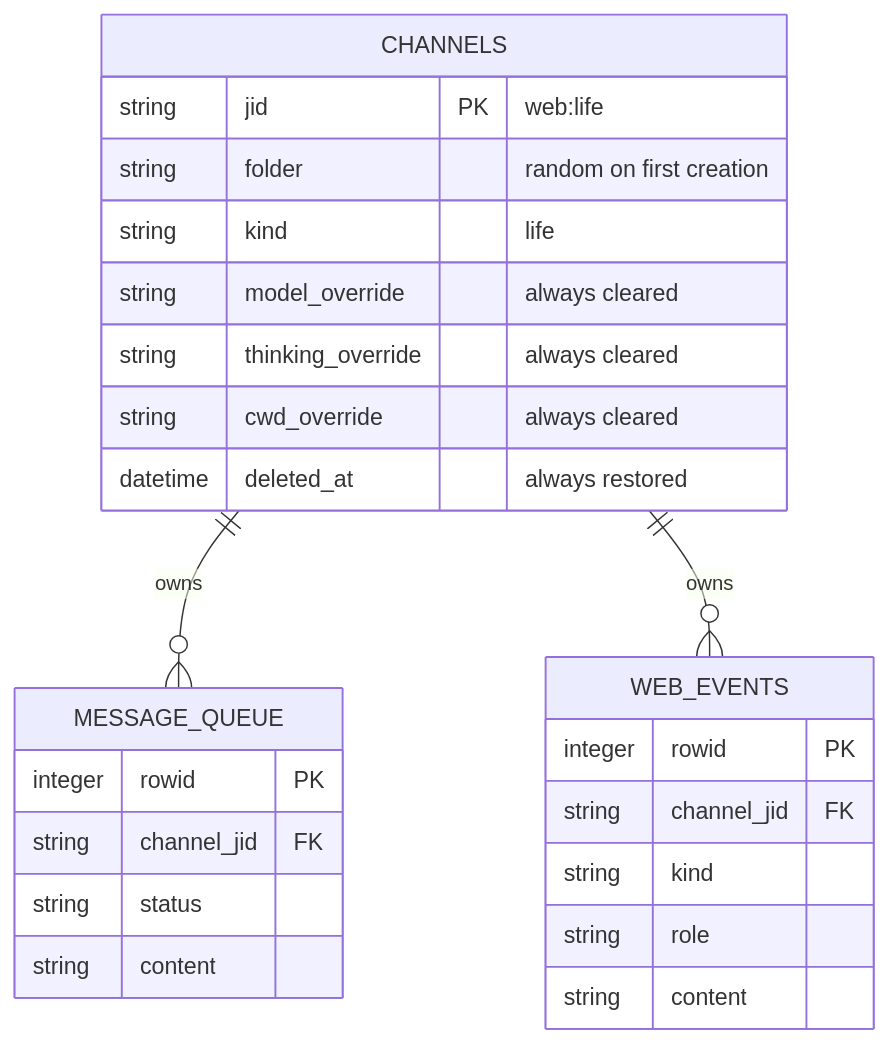
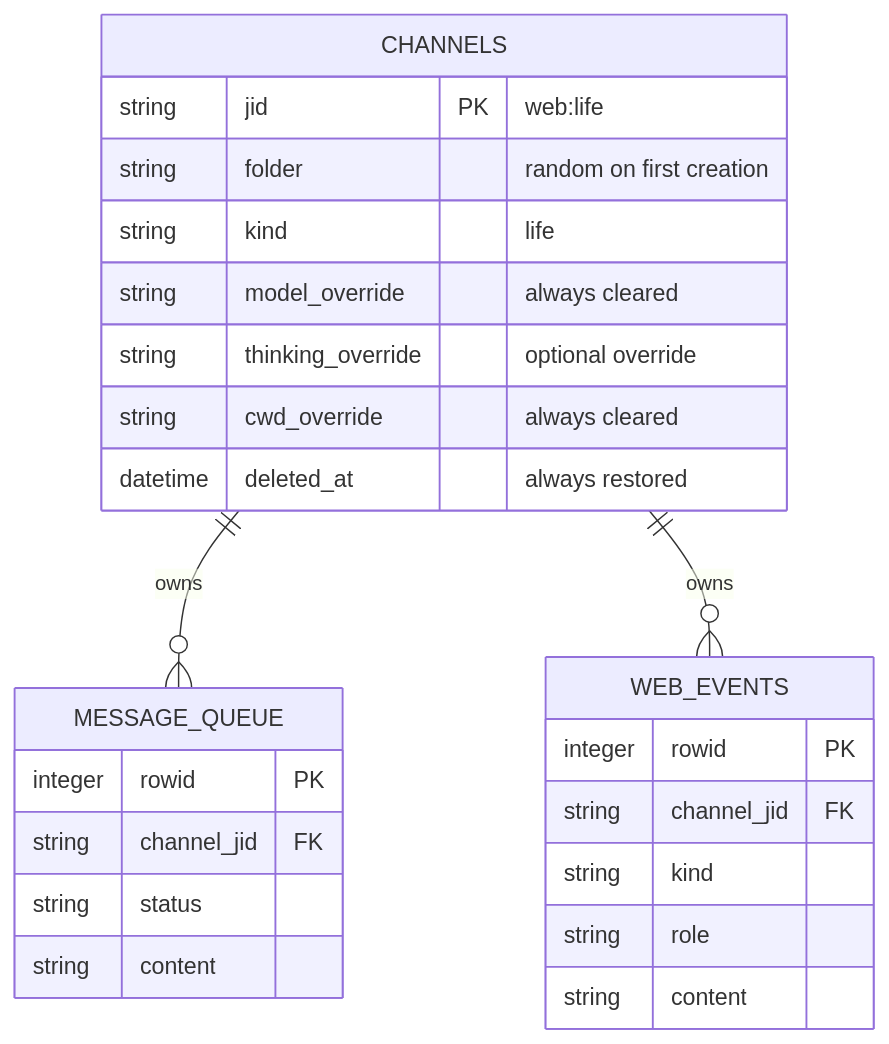
One commit to AyaSakura-comp/piweb changed the fourth of 5 diagrams in docs/life-mode.md. Above: the diagram before and after it, drawn with Mermaid. The commit also changed other lines of this file and 9 other files, not shown here.

````diff
--- a/docs/life-mode.md
+++ b/docs/life-mode.md
@@ -226,30 +226,30 @@
 ```mermaid
 erDiagram
     CHANNELS ||--o{ MESSAGE_QUEUE : owns
     CHANNELS ||--o{ WEB_EVENTS : owns
 
     CHANNELS {
         string jid PK "web:life"
         string folder "random on first creation"
         string kind "life"
         string model_override "always cleared"
-        string thinking_override "always cleared"
+        string thinking_override "optional override"
         string cwd_override "always cleared"
         datetime deleted_at "always restored"
     }
 
     MESSAGE_QUEUE {
         integer rowid PK
         string channel_jid FK
         string status
         string content
     }
 
     WEB_EVENTS {
         integer rowid PK
         string channel_jid FK
         string kind
         string role
         string content
     }
 ```
````
